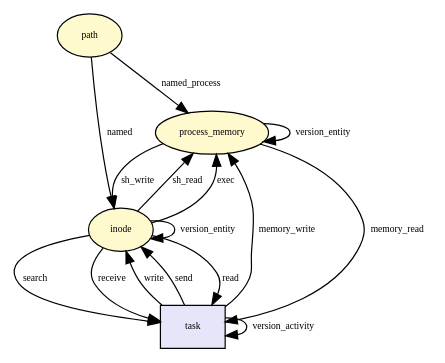
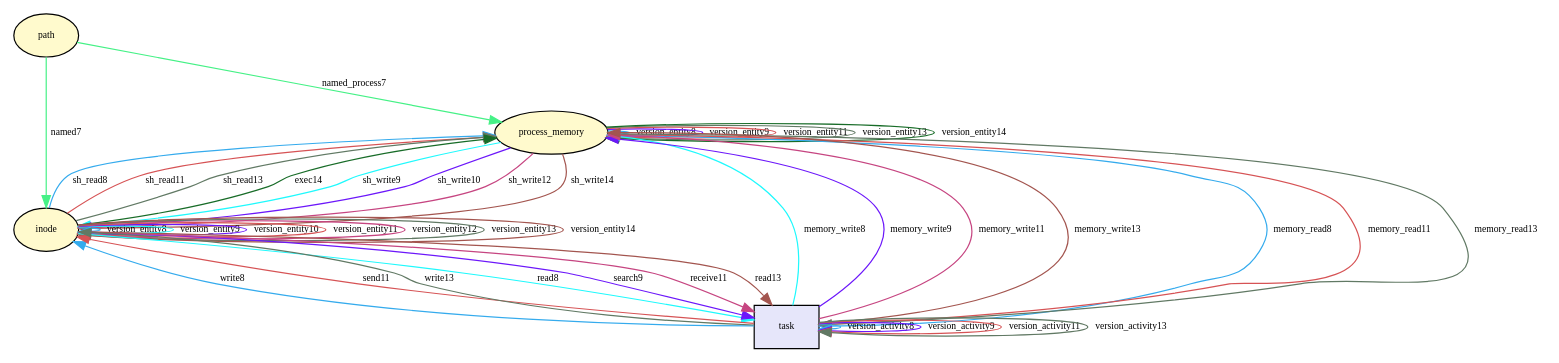
One commit to TinkerBellSystem/graph-matching changed the diagram in tmp/provenance_file_permission.dot. Above: the diagram before and after it, drawn with Graphviz. The commit also changed 64 other files, not shown here.

Commit message:
drawing graph. not great

```diff
--- a/tmp/provenance_file_permission.dot
+++ b/tmp/provenance_file_permission.dot
@@ -1,39 +1,89 @@
 digraph RGL__DirectedAdjacencyGraph {path[fontsize = 8,label = "path",shape = ellipse, fillcolor="#fffacd", style = filled]
 
 process_memory[fontsize = 8,label = "process_memory",shape = ellipse, fillcolor="#fffacd", style = filled]
 
-path -> process_memory[fontsize = 8,label = "named_process"]
+path -> process_memory[fontsize = 8,label = "named_process7", color="#45f186"]
 
 inode[fontsize = 8,label = "inode",shape = ellipse, fillcolor="#fffacd", style = filled]
 
-path -> inode[fontsize = 8,label = "named"]
+path -> inode[fontsize = 8,label = "named7", color="#45f186"]
+
+process_memory -> process_memory[fontsize = 8,label = "version_entity8", color="#35abed"]
+
+inode -> process_memory[fontsize = 8,label = "sh_read8", color="#35abed"]
 
 task[fontsize = 8,label = "task",shape = rectangle, fillcolor="#e6e6fa", style = filled]
 
-process_memory -> task[fontsize = 8,label = "memory_read"]
+task -> task[fontsize = 8,label = "version_activity8", color="#35abed"]
 
-task -> inode[fontsize = 8,label = "write"]
+process_memory -> task[fontsize = 8,label = "memory_read8", color="#35abed"]
 
-task -> task[fontsize = 8,label = "version_activity"]
+inode -> inode[fontsize = 8,label = "version_entity8", color="#35abed"]
 
-inode -> inode[fontsize = 8,label = "version_entity"]
+task -> inode[fontsize = 8,label = "write8", color="#35abed"]
 
-inode -> process_memory[fontsize = 8,label = "sh_read"]
+inode -> task[fontsize = 8,label = "read8", color="#1ff9fd"]
 
-process_memory -> process_memory[fontsize = 8,label = "version_entity"]
+task -> process_memory[fontsize = 8,label = "memory_write8", color="#1ff9fd"]
 
-inode -> task[fontsize = 8,label = "read"]
+inode -> inode[fontsize = 8,label = "version_entity9", color="#1ff9fd"]
 
-task -> process_memory[fontsize = 8,label = "memory_write"]
+process_memory -> inode[fontsize = 8,label = "sh_write9", color="#1ff9fd"]
 
-process_memory -> inode[fontsize = 8,label = "sh_write"]
+task -> task[fontsize = 8,label = "version_activity9", color="#6c17fa"]
 
-inode -> task[fontsize = 8,label = "search"]
+inode -> task[fontsize = 8,label = "search9", color="#6c17fa"]
 
-task -> inode[fontsize = 8,label = "send"]
+process_memory -> process_memory[fontsize = 8,label = "version_entity9", color="#6c17fa"]
 
-inode -> task[fontsize = 8,label = "receive"]
+task -> process_memory[fontsize = 8,label = "memory_write9", color="#6c17fa"]
 
-inode -> process_memory[fontsize = 8,label = "exec"]
+inode -> inode[fontsize = 8,label = "version_entity10", color="#6c17fa"]
+
+process_memory -> inode[fontsize = 8,label = "sh_write10", color="#6c17fa"]
+
+process_memory -> process_memory[fontsize = 8,label = "version_entity11", color="#d65355"]
+
+inode -> process_memory[fontsize = 8,label = "sh_read11", color="#d65355"]
+
+task -> task[fontsize = 8,label = "version_activity11", color="#d65355"]
+
+process_memory -> task[fontsize = 8,label = "memory_read11", color="#d65355"]
+
+inode -> inode[fontsize = 8,label = "version_entity11", color="#d65355"]
+
+task -> inode[fontsize = 8,label = "send11", color="#d65355"]
+
+inode -> task[fontsize = 8,label = "receive11", color="#c64581"]
+
+task -> process_memory[fontsize = 8,label = "memory_write11", color="#c64581"]
+
+inode -> inode[fontsize = 8,label = "version_entity12", color="#c64581"]
+
+process_memory -> inode[fontsize = 8,label = "sh_write12", color="#c64581"]
+
+process_memory -> process_memory[fontsize = 8,label = "version_entity13", color="#617964"]
+
+inode -> process_memory[fontsize = 8,label = "sh_read13", color="#617964"]
+
+task -> task[fontsize = 8,label = "version_activity13", color="#617964"]
+
+process_memory -> task[fontsize = 8,label = "memory_read13", color="#617964"]
+
+inode -> inode[fontsize = 8,label = "version_entity13", color="#617964"]
+
+task -> inode[fontsize = 8,label = "write13", color="#617964"]
+
+inode -> task[fontsize = 8,label = "read13", color="#a3554f"]
+
+task -> process_memory[fontsize = 8,label = "memory_write13", color="#a3554f"]
+
+inode -> inode[fontsize = 8,label = "version_entity14", color="#a3554f"]
+
+process_memory -> inode[fontsize = 8,label = "sh_write14", color="#a3554f"]
+
+process_memory -> process_memory[fontsize = 8,label = "version_entity14", color="#186c28"]
+
+inode -> process_memory[fontsize = 8,label = "exec14", color="#186c28"]
 
 }
```
